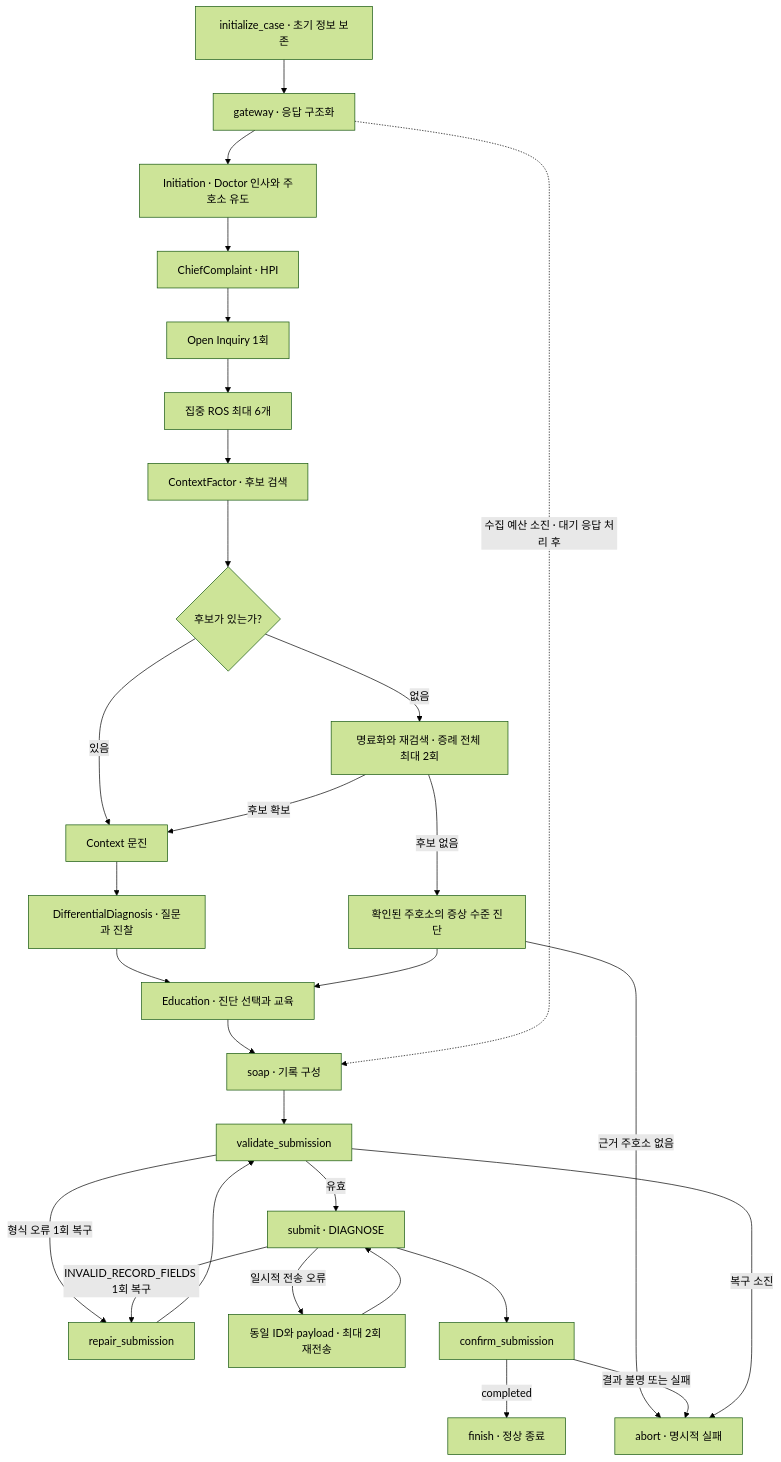
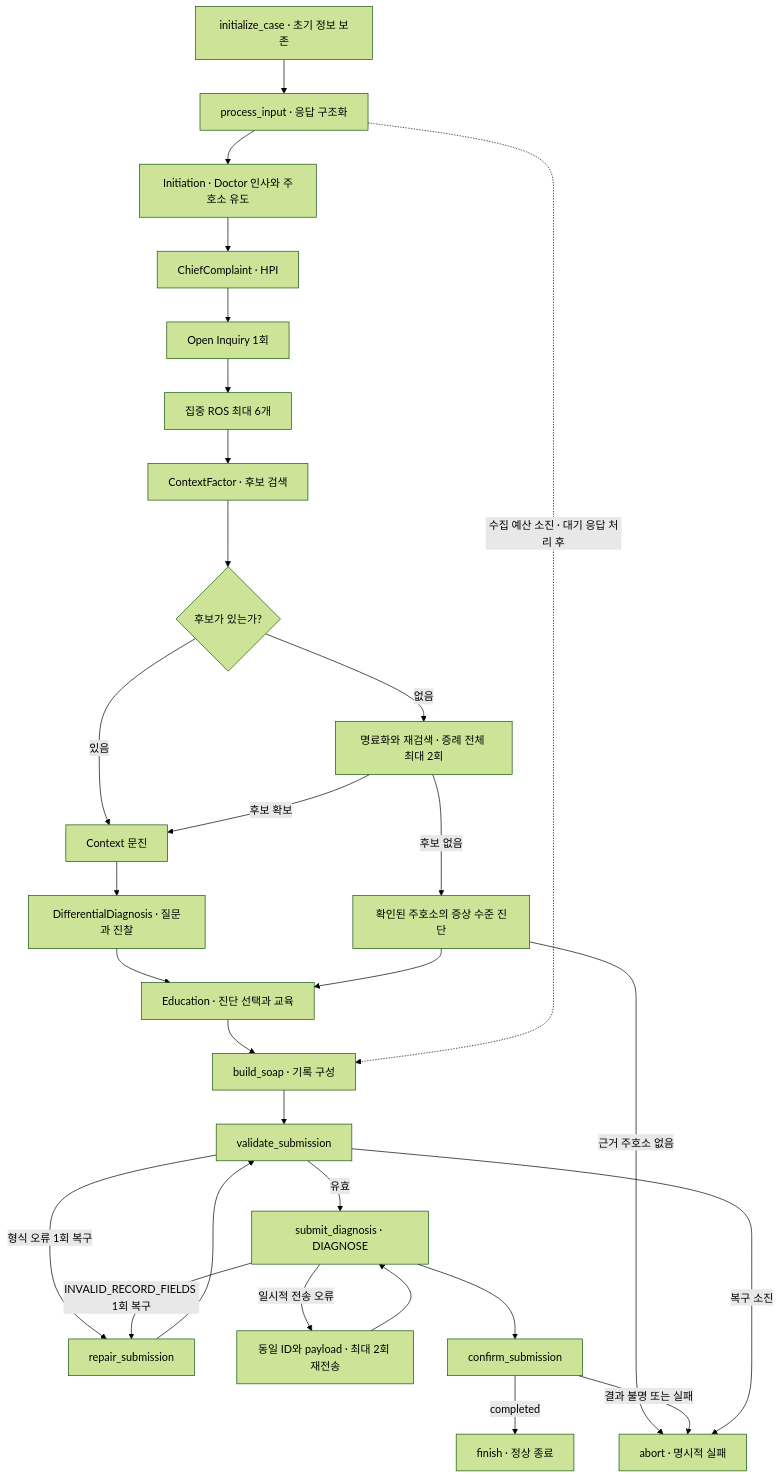
One commit to devRestain/Ontoward changed the first of 3 diagrams in submission/README.md. Above: the diagram before and after it, drawn with Mermaid (forest theme). The commit also changed other lines of this file and 50 other files, not shown here.

````diff
--- a/submission/README.md
+++ b/submission/README.md
@@ -36,31 +36,31 @@
 ```mermaid
 flowchart TD
-    INIT["initialize_case · 초기 정보 보존"] --> GATE["gateway · 응답 구조화"]
+    INIT["initialize_case · 초기 정보 보존"] --> GATE["process_input · 응답 구조화"]
     GATE --> HELLO["Initiation · Doctor 인사와 주호소 유도"]
     HELLO --> HPI["ChiefComplaint · HPI"]
     HPI --> OPEN["Open Inquiry 1회"]
     OPEN --> ROS["집중 ROS 최대 6개"]
     ROS --> SEARCH["ContextFactor · 후보 검색"]
     SEARCH --> FOUND{"후보가 있는가?"}
     FOUND -->|있음| CONTEXT["Context 문진"]
     FOUND -->|없음| CLARIFY["명료화와 재검색 · 증례 전체 최대 2회"]
     CLARIFY -->|후보 확보| CONTEXT
     CLARIFY -->|후보 없음| SYMPTOM["확인된 주호소의 증상 수준 진단"]
     CONTEXT --> DIFF["DifferentialDiagnosis · 질문과 진찰"]
     DIFF --> EDU["Education · 진단 선택과 교육"]
     SYMPTOM --> EDU
     SYMPTOM -->|근거 주호소 없음| ABORT["abort · 명시적 실패"]
-    EDU --> SOAP["soap · 기록 구성"]
+    EDU --> SOAP["build_soap · 기록 구성"]
     SOAP --> CHECK["validate_submission"]
     CHECK -->|형식 오류 1회 복구| REPAIR["repair_submission"]
     REPAIR --> CHECK
-    CHECK -->|유효| SEND["submit · DIAGNOSE"]
+    CHECK -->|유효| SEND["submit_diagnosis · DIAGNOSE"]
     SEND -->|일시적 전송 오류| RETRY["동일 ID와 payload · 최대 2회 재전송"]
     RETRY --> SEND
     SEND --> CONFIRM["confirm_submission"]
     SEND -->|INVALID_RECORD_FIELDS 1회 복구| REPAIR
     CONFIRM -->|completed| FINISH["finish · 정상 종료"]
     CONFIRM -->|결과 불명 또는 실패| ABORT
     CHECK -->|복구 소진| ABORT
     GATE -.->|수집 예산 소진 · 대기 응답 처리 후| SOAP
 ```
````
